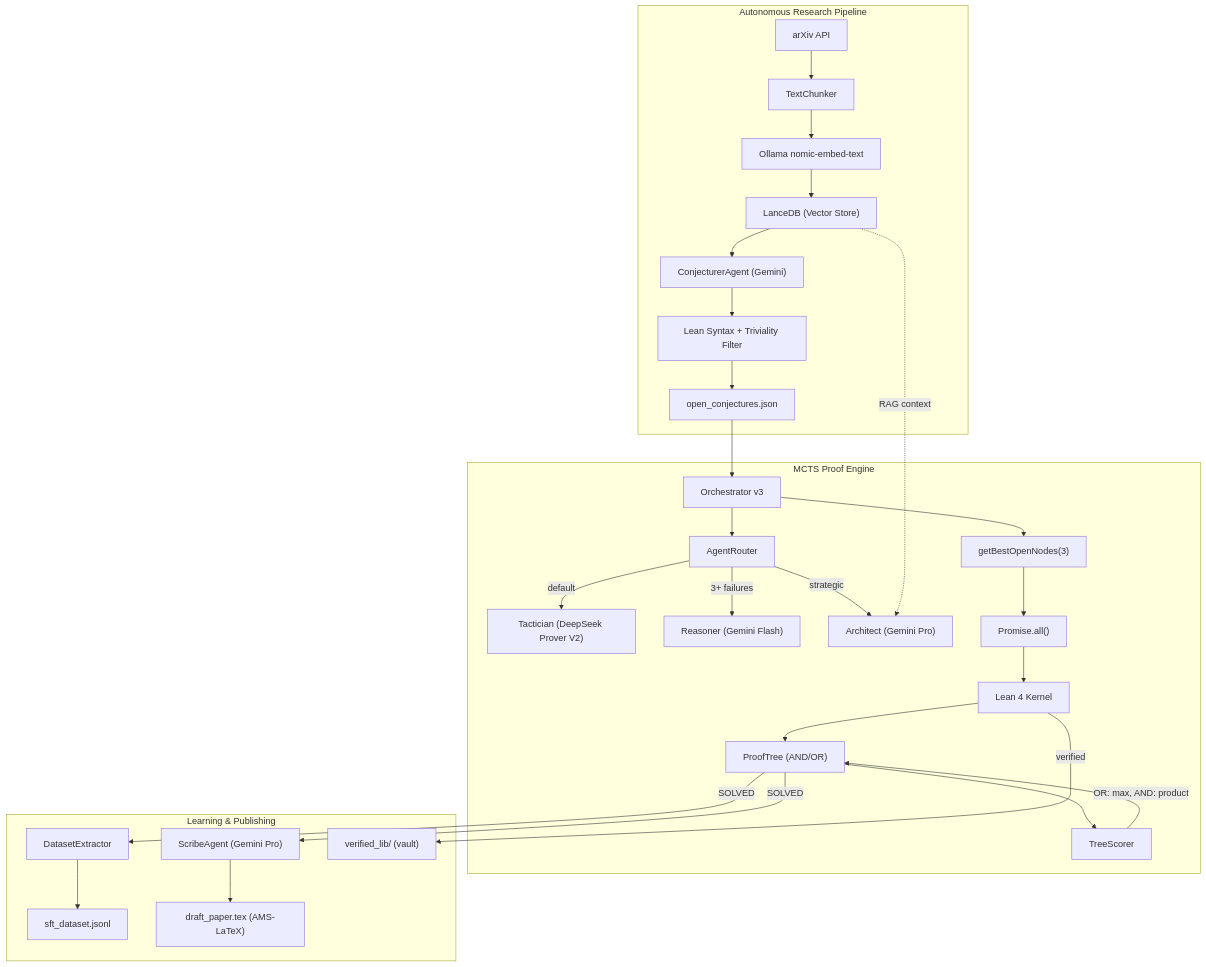
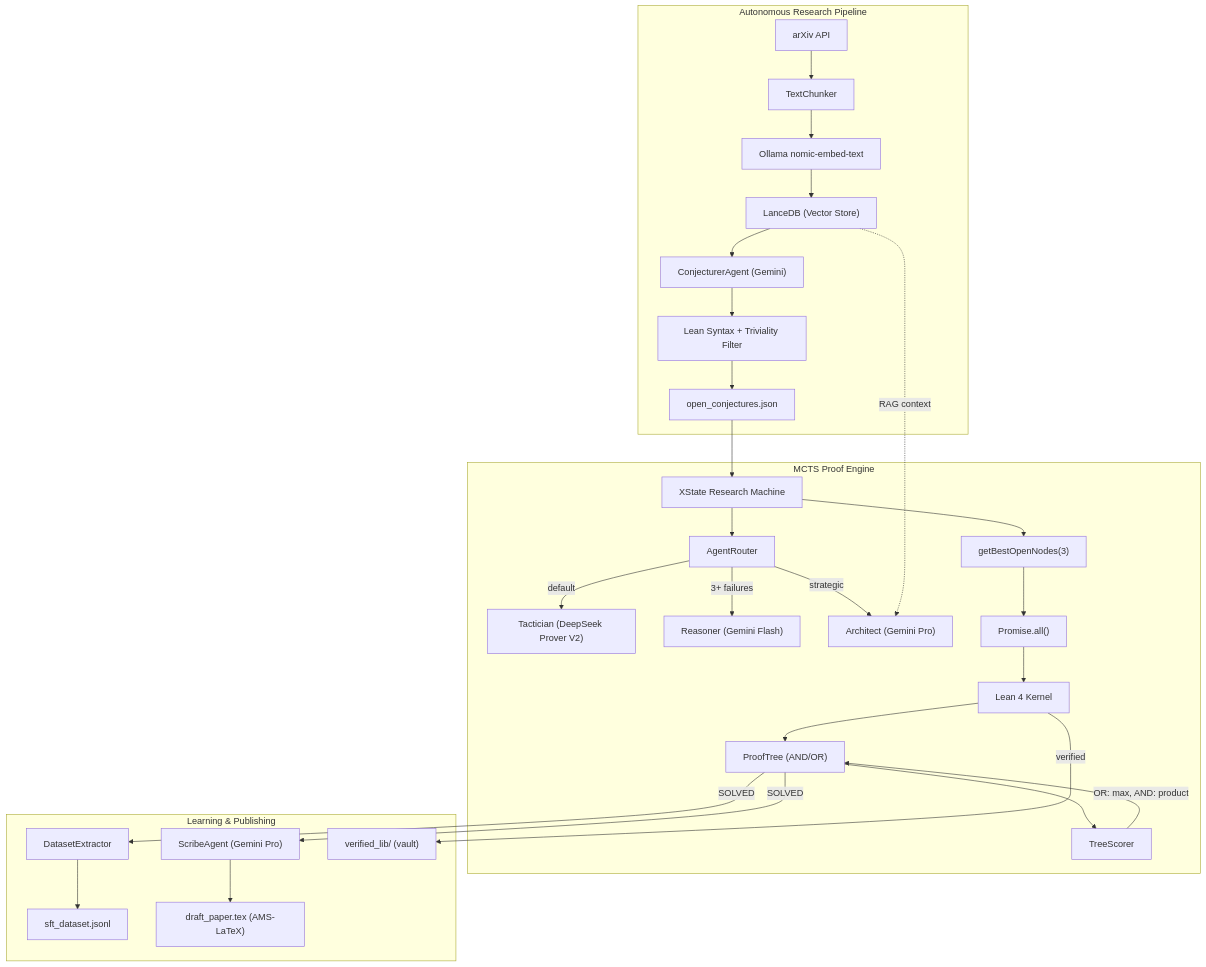
One commit to bneb/perqed changed the diagram in README.md. Above: the diagram before and after it, drawn with Mermaid. The commit also changed other lines of this file and 16 other files, not shown here.

First line of the commit message:
arch: upgrade research director to xstate v5 reactive machine

````diff
--- a/README.md
+++ b/README.md
@@ -17,35 +17,35 @@
 ```mermaid
 graph TD
     subgraph "Autonomous Research Pipeline"
         ARXIV["arXiv API"] --> CHUNK["TextChunker"]
         CHUNK --> EMBED["Ollama nomic-embed-text"]
         EMBED --> LANCE["LanceDB (Vector Store)"]
         LANCE --> CONJ["ConjecturerAgent (Gemini)"]
         CONJ --> GAUNTLET["Lean Syntax + Triviality Filter"]
         GAUNTLET --> QUEUE["open_conjectures.json"]
     end
 
     subgraph "MCTS Proof Engine"
-        QUEUE --> ORC["Orchestrator v3"]
+        QUEUE --> ORC["XState Research Machine"]
         ORC --> ROUTER["AgentRouter"]
         ROUTER -->|"default"| TACT["Tactician (DeepSeek Prover V2)"]
         ROUTER -->|"3+ failures"| REASON["Reasoner (Gemini Flash)"]
         ROUTER -->|"strategic"| ARCH["Architect (Gemini Pro)"]
         LANCE -.->|"RAG context"| ARCH
 
         ORC --> BATCH["getBestOpenNodes(3)"]
         BATCH --> PALL["Promise.all()"]
         PALL --> LEAN["Lean 4 Kernel"]
         LEAN --> TREE["ProofTree (AND/OR)"]
         TREE --> SCORER["TreeScorer"]
         SCORER -->|"OR: max, AND: product"| TREE
     end
 
     subgraph "Learning & Publishing"
         TREE -->|"SOLVED"| SFT["DatasetExtractor"]
         SFT --> JSONL["sft_dataset.jsonl"]
         TREE -->|"SOLVED"| SCRIBE["ScribeAgent (Gemini Pro)"]
         SCRIBE --> TEX["draft_paper.tex (AMS-LaTeX)"]
         LEAN -->|"verified"| VAULT["verified_lib/ (vault)"]
     end
 ```
````
